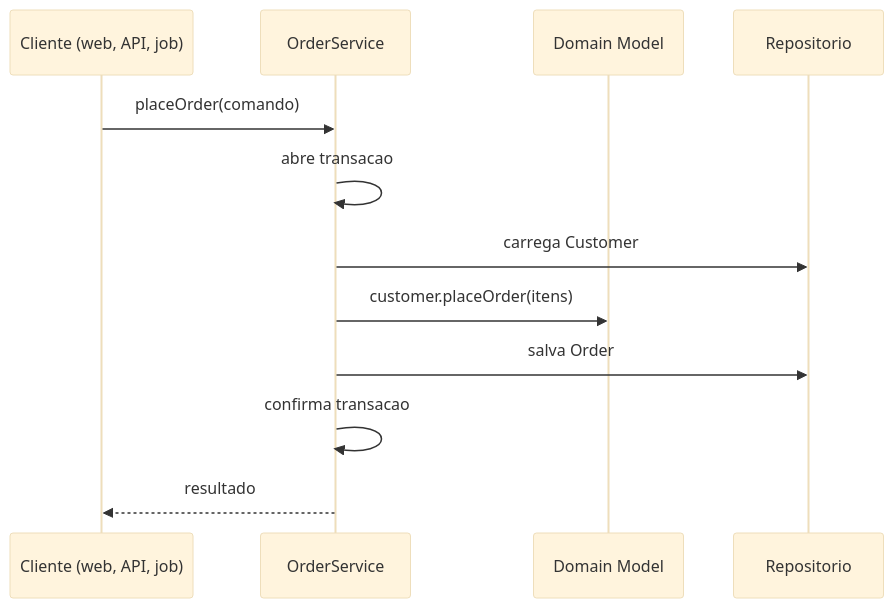
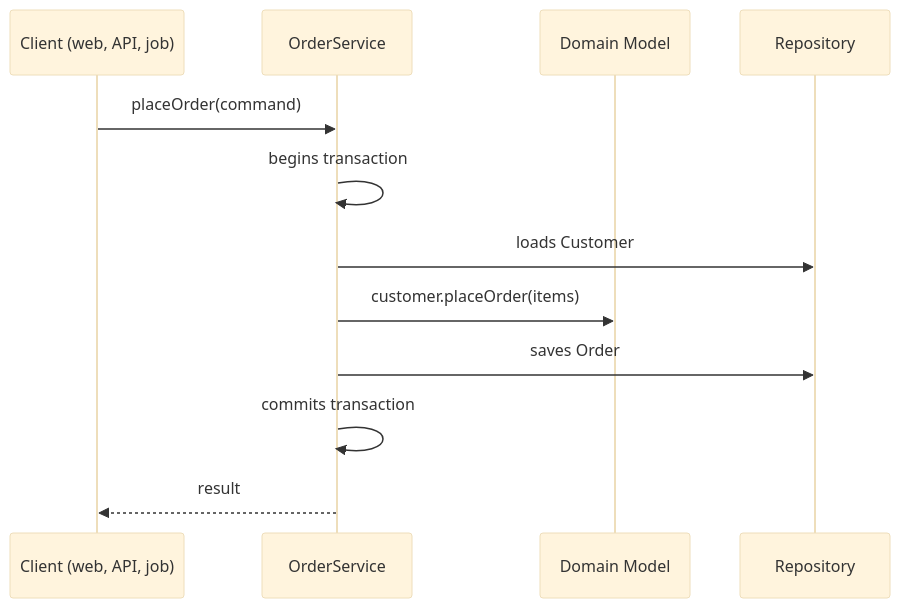
Before and after one commit to alancesar/design-patterns: the diagram in docs/application/poeaa/domain-logic/service-layer.md, drawn with Mermaid (base theme). The commit also changed 258 other files, not shown here.

First line of the commit message:
Translate Mermaid diagrams to English

````diff
--- a/docs/application/poeaa/domain-logic/service-layer.md
+++ b/docs/application/poeaa/domain-logic/service-layer.md
@@ -57,14 +57,14 @@
 ```mermaid
 sequenceDiagram
-    participant UI as Cliente (web, API, job)
+    participant UI as Client (web, API, job)
     participant S as OrderService
     participant D as Domain Model
-    participant R as Repositorio
-    UI->>S: placeOrder(comando)
-    S->>S: abre transacao
-    S->>R: carrega Customer
-    S->>D: customer.placeOrder(itens)
-    S->>R: salva Order
-    S->>S: confirma transacao
-    S-->>UI: resultado
+    participant R as Repository
+    UI->>S: placeOrder(command)
+    S->>S: begins transaction
+    S->>R: loads Customer
+    S->>D: customer.placeOrder(items)
+    S->>R: saves Order
+    S->>S: commits transaction
+    S-->>UI: result
 ```
````
